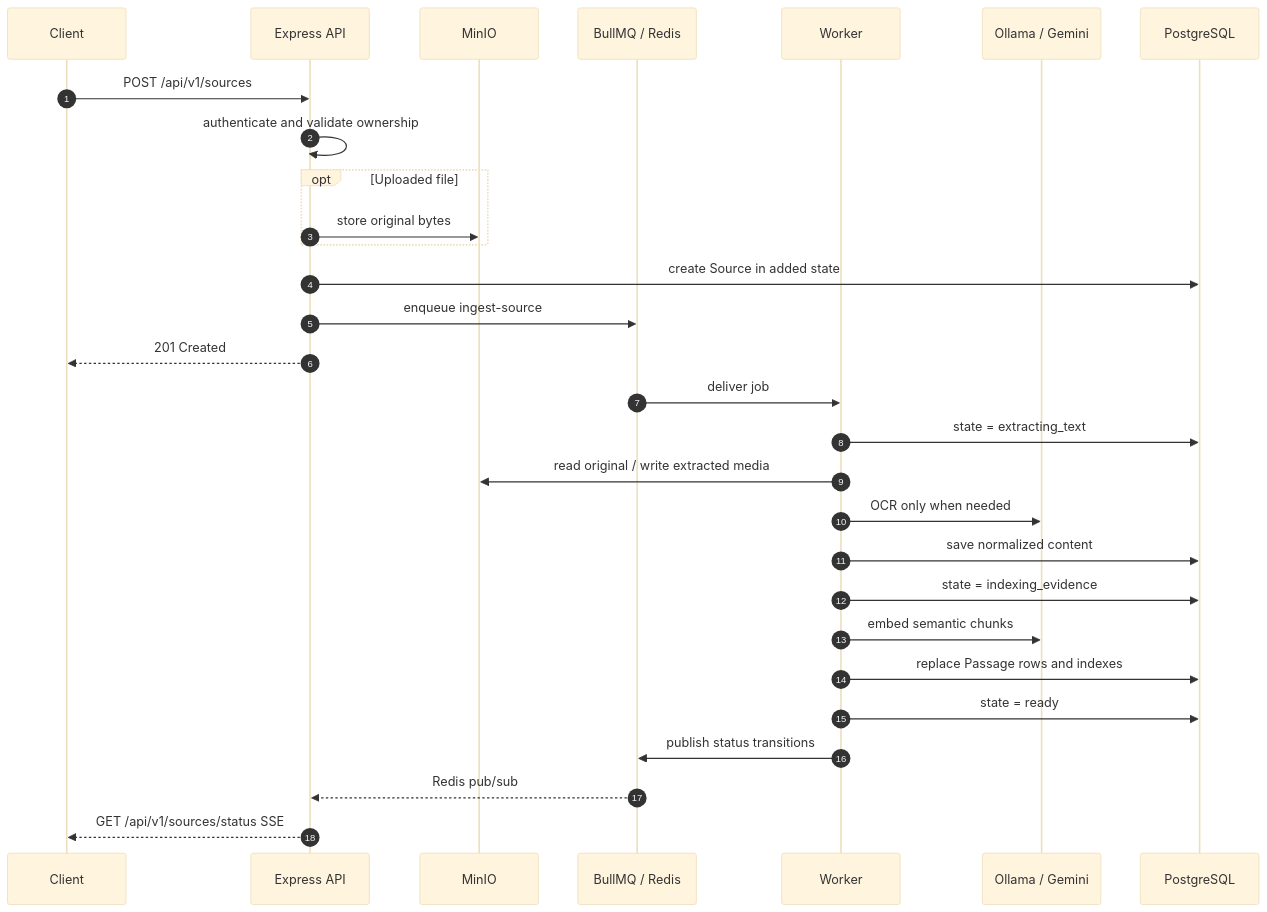
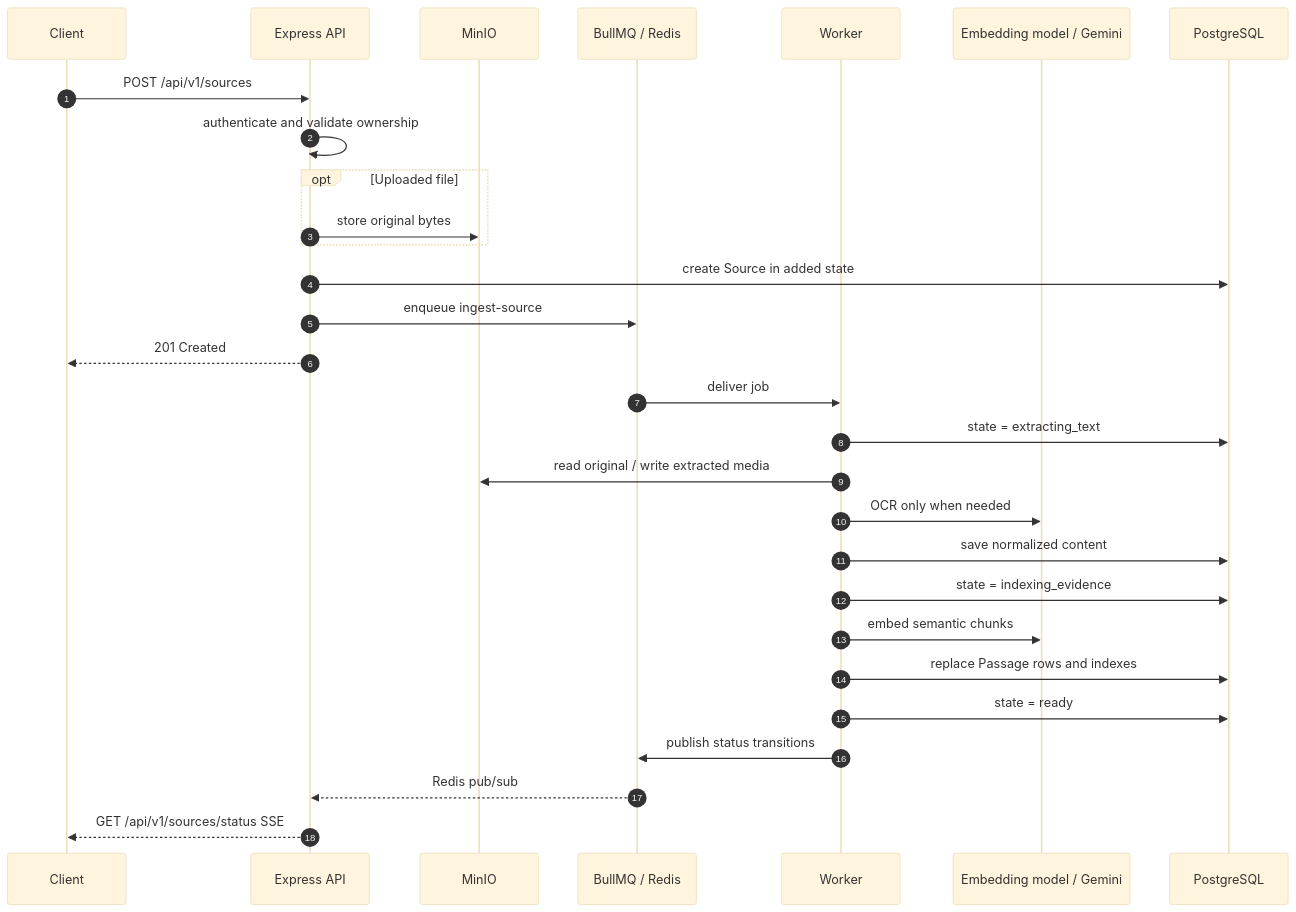
Before and after one commit to nustechnology/Folio-BE: the second of 4 diagrams in README.md, drawn with Mermaid (base theme). The commit also changed other lines of this file and 2 other files, not shown here.

````diff
--- a/README.md
+++ b/README.md
@@ -390,32 +388,32 @@
 ```mermaid
 sequenceDiagram
   autonumber
   participant Client
   participant API as Express API
   participant Store as MinIO
   participant Queue as BullMQ / Redis
   participant Worker
-  participant Models as Ollama / Gemini
+  participant Models as Embedding model / Gemini
   participant DB as PostgreSQL
 
   Client->>API: POST /api/v1/sources
   API->>API: authenticate and validate ownership
   opt Uploaded file
     API->>Store: store original bytes
   end
   API->>DB: create Source in added state
   API->>Queue: enqueue ingest-source
   API-->>Client: 201 Created
   Queue->>Worker: deliver job
   Worker->>DB: state = extracting_text
   Worker->>Store: read original / write extracted media
   Worker->>Models: OCR only when needed
   Worker->>DB: save normalized content
   Worker->>DB: state = indexing_evidence
   Worker->>Models: embed semantic chunks
   Worker->>DB: replace Passage rows and indexes
   Worker->>DB: state = ready
   Worker->>Queue: publish status transitions
   Queue-->>API: Redis pub/sub
   API-->>Client: GET /api/v1/sources/status SSE
 ```
````
